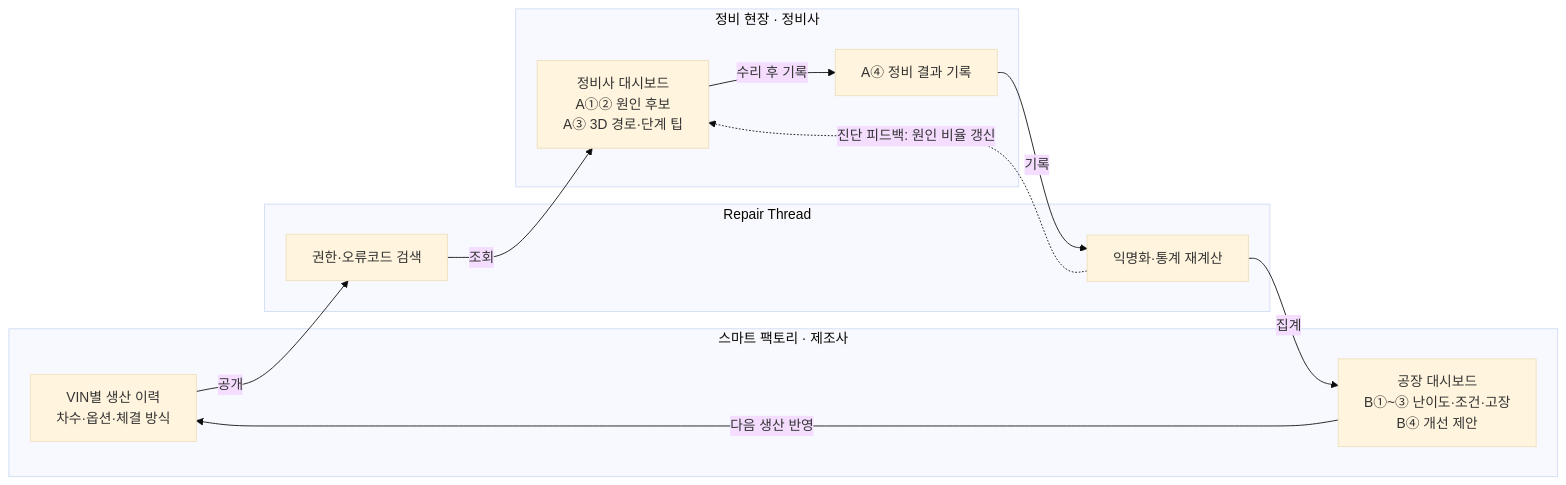
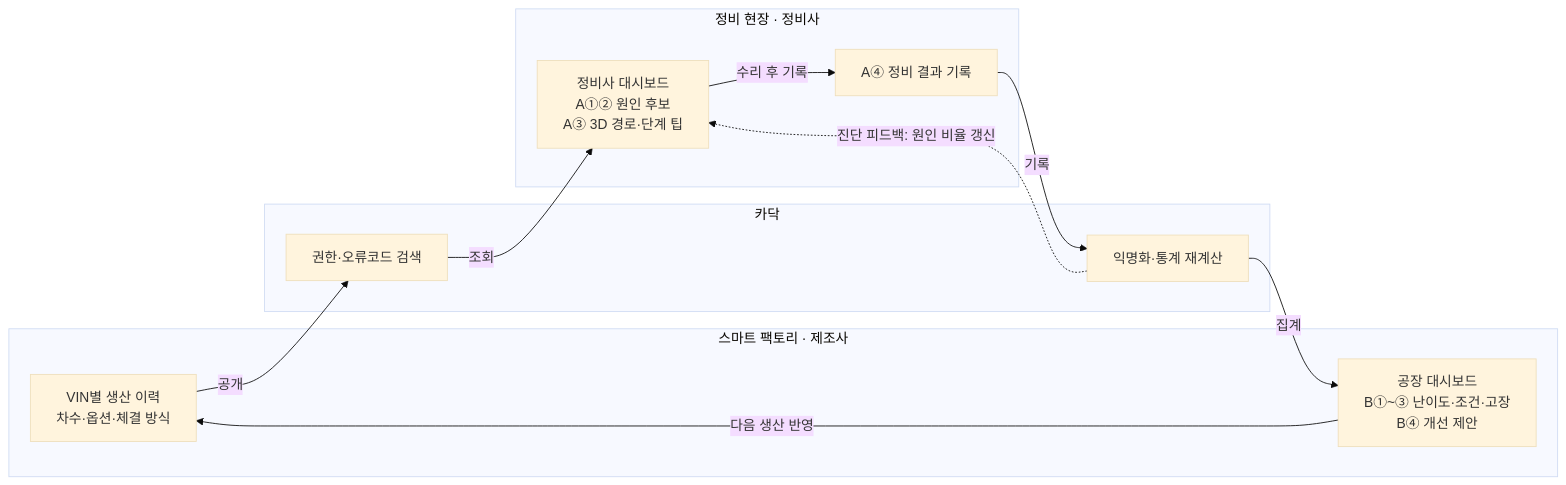
The first of 6 diagrams in docs/planning.md (salieri009/LG_CNS_AM_INSPIRE), drawn with Mermaid (base theme) before and after one commit. The commit also changed other lines of this file and 16 other files, not shown here.

````diff
--- a/docs/planning.md
+++ b/docs/planning.md
@@ -408,17 +408,17 @@
 ```mermaid
 flowchart LR
   subgraph FAC[스마트 팩토리 · 제조사]
     P[VIN별 생산 이력<br/>차수·옵션·체결 방식]
     B[공장 대시보드<br/>B①~③ 난이도·조건·고장<br/>B④ 개선 제안]
   end
-  subgraph RT[Repair Thread]
+  subgraph RT[카닥]
     G[권한·오류코드 검색]
     X[익명화·통계 재계산]
   end
   subgraph SHOP[정비 현장 · 정비사]
     D[정비사 대시보드<br/>A①② 원인 후보<br/>A③ 3D 경로·단계 팁]
     W[A④ 정비 결과 기록]
   end
   P -->|공개| G -->|조회| D -->|수리 후 기록| W -->|기록| X -->|집계| B -->|다음 생산 반영| P
   X -.->|진단 피드백: 원인 비율 갱신| D
 ```
````
